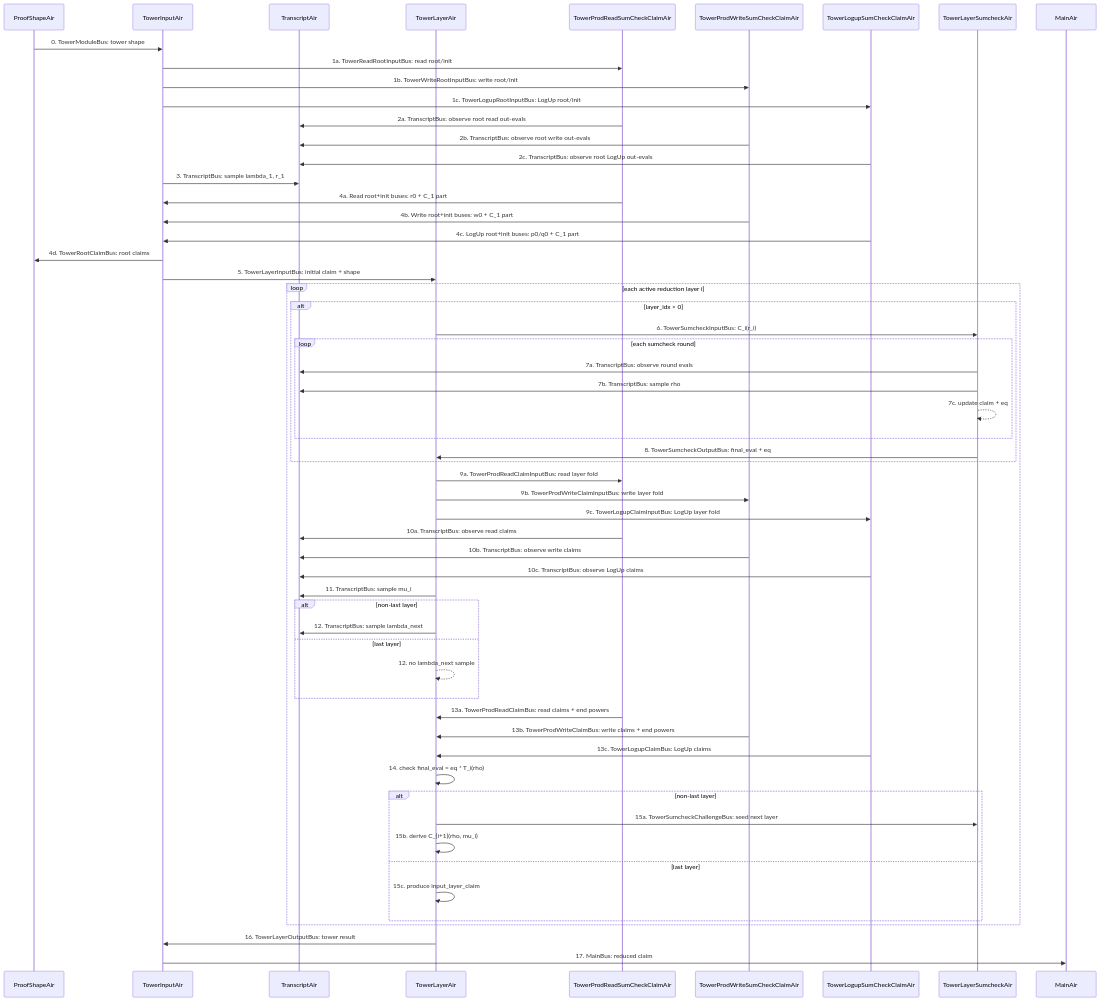
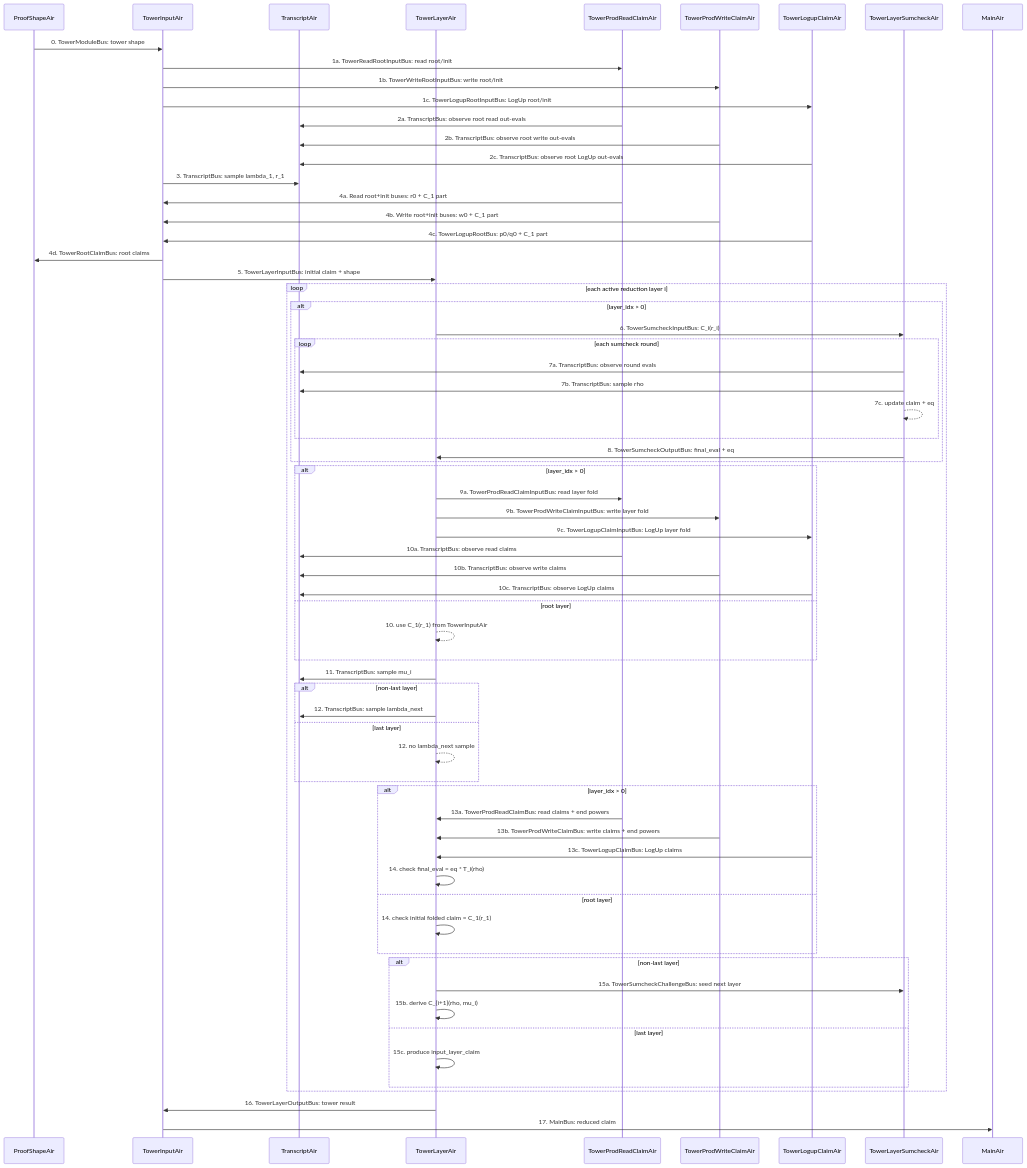
The second of 2 diagrams in ceno_recursion_v2/docs/tower_module_design.md (scroll-tech/ceno), drawn with Mermaid before and after one commit. The commit also changed other lines of this file and 42 other files, not shown here.

First line of the commit message:
fix(recursion-v2): balance tower transcript buses (#1373)

````diff
--- a/ceno_recursion_v2/docs/tower_module_design.md
+++ b/ceno_recursion_v2/docs/tower_module_design.md
@@ -446,67 +455,75 @@
 ```mermaid
 sequenceDiagram
     participant PS as ProofShapeAir
     participant TI as TowerInputAir
     participant TR as TranscriptAir
     participant TL as TowerLayerAir
-    participant PR as TowerProdReadSumCheckClaimAir
-    participant PW as TowerProdWriteSumCheckClaimAir
-    participant LU as TowerLogupSumCheckClaimAir
+    participant PR as TowerProdReadClaimAir
+    participant PW as TowerProdWriteClaimAir
+    participant LU as TowerLogupClaimAir
     participant SC as TowerLayerSumcheckAir
     participant M as MainAir
 
     PS->>TI: 0. TowerModuleBus: tower shape
     TI->>PR: 1a. TowerReadRootInputBus: read root/init
     TI->>PW: 1b. TowerWriteRootInputBus: write root/init
     TI->>LU: 1c. TowerLogupRootInputBus: LogUp root/init
     PR->>TR: 2a. TranscriptBus: observe root read out-evals
     PW->>TR: 2b. TranscriptBus: observe root write out-evals
     LU->>TR: 2c. TranscriptBus: observe root LogUp out-evals
     TI->>TR: 3. TranscriptBus: sample lambda_1, r_1
     PR->>TI: 4a. Read root+init buses: r0 + C_1 part
     PW->>TI: 4b. Write root+init buses: w0 + C_1 part
-    LU->>TI: 4c. LogUp root+init buses: p0/q0 + C_1 part
+    LU->>TI: 4c. TowerLogupRootBus: p0/q0 + C_1 part
     TI->>PS: 4d. TowerRootClaimBus: root claims
     TI->>TL: 5. TowerLayerInputBus: initial claim + shape
 
     loop each active reduction layer i
         alt layer_idx > 0
             TL->>SC: 6. TowerSumcheckInputBus: C_i(r_i)
             loop each sumcheck round
                 SC->>TR: 7a. TranscriptBus: observe round evals
                 SC->>TR: 7b. TranscriptBus: sample rho
                 SC-->>SC: 7c. update claim + eq
             end
             SC->>TL: 8. TowerSumcheckOutputBus: final_eval + eq
         end
 
-        TL->>PR: 9a. TowerProdReadClaimInputBus: read layer fold
-        TL->>PW: 9b. TowerProdWriteClaimInputBus: write layer fold
-        TL->>LU: 9c. TowerLogupClaimInputBus: LogUp layer fold
-        PR->>TR: 10a. TranscriptBus: observe read claims
-        PW->>TR: 10b. TranscriptBus: observe write claims
-        LU->>TR: 10c. TranscriptBus: observe LogUp claims
+        alt layer_idx > 0
+            TL->>PR: 9a. TowerProdReadClaimInputBus: read layer fold
+            TL->>PW: 9b. TowerProdWriteClaimInputBus: write layer fold
+            TL->>LU: 9c. TowerLogupClaimInputBus: LogUp layer fold
+            PR->>TR: 10a. TranscriptBus: observe read claims
+            PW->>TR: 10b. TranscriptBus: observe write claims
+            LU->>TR: 10c. TranscriptBus: observe LogUp claims
+        else root layer
+            TL-->>TL: 10. use C_1(r_1) from TowerInputAir
+        end
         TL->>TR: 11. TranscriptBus: sample mu_i
 
         alt non-last layer
             TL->>TR: 12. TranscriptBus: sample lambda_next
         else last layer
             TL-->>TL: 12. no lambda_next sample
         end
 
-        PR->>TL: 13a. TowerProdReadClaimBus: read claims + end powers
-        PW->>TL: 13b. TowerProdWriteClaimBus: write claims + end powers
-        LU->>TL: 13c. TowerLogupClaimBus: LogUp claims
-        TL->>TL: 14. check final_eval = eq * T_i(rho)
+        alt layer_idx > 0
+            PR->>TL: 13a. TowerProdReadClaimBus: read claims + end powers
+            PW->>TL: 13b. TowerProdWriteClaimBus: write claims + end powers
+            LU->>TL: 13c. TowerLogupClaimBus: LogUp claims
+            TL->>TL: 14. check final_eval = eq * T_i(rho)
+        else root layer
+            TL->>TL: 14. check initial folded claim = C_1(r_1)
+        end
 
         alt non-last layer
             TL->>SC: 15a. TowerSumcheckChallengeBus: seed next layer
             TL->>TL: 15b. derive C_{i+1}(rho, mu_i)
         else last layer
             TL->>TL: 15c. produce input_layer_claim
         end
     end
 
     TL->>TI: 16. TowerLayerOutputBus: tower result
     TI->>M: 17. MainBus: reduced claim
 ```
````
